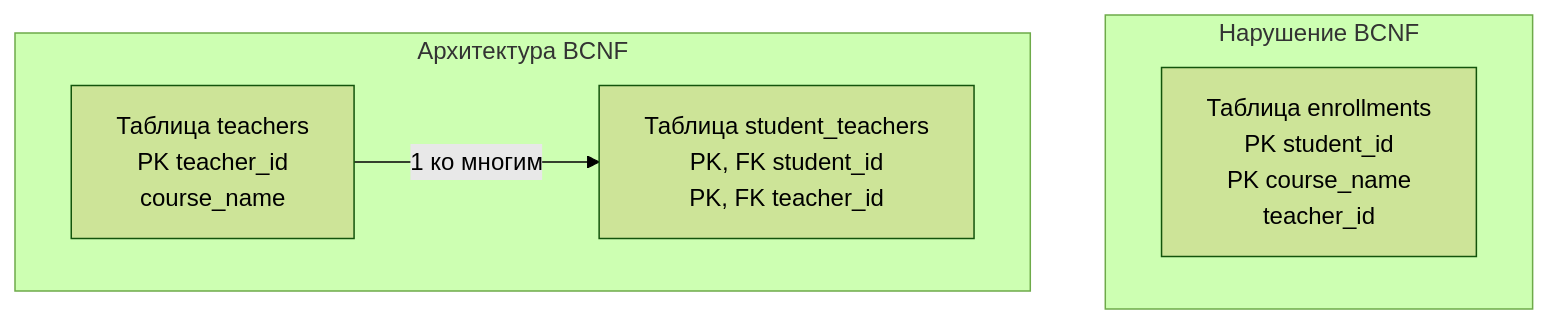
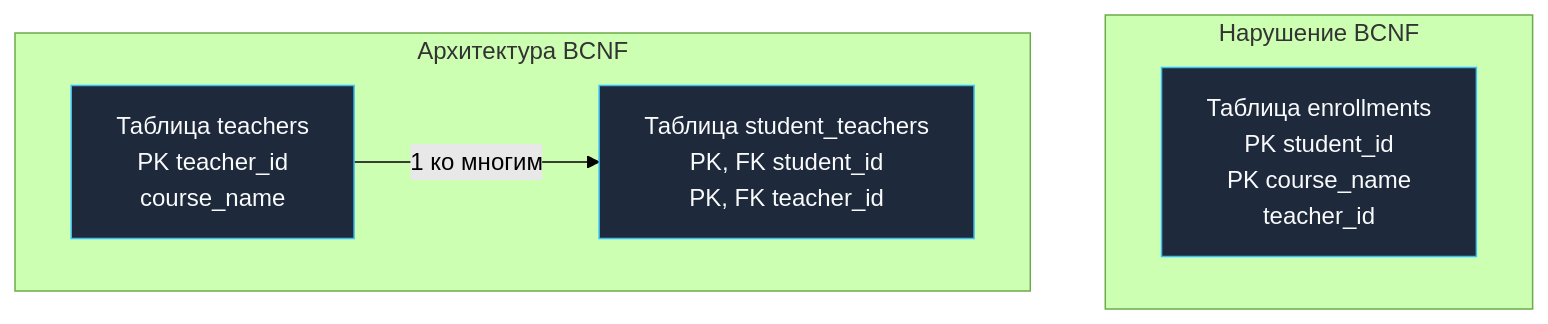
Before and after one commit to UnrealTemplier/go-textbook: the diagram in sources/12. Базы данных/01. Введение и фундамент/13. BCNF и более высокие нормальные формы.md, drawn with Mermaid (forest theme). The commit also changed 1666 other files, not shown here.

First line of the commit message:
feat(mermaid): add semantic color classDef to 1369 colorless flowchart/graph diagrams

````diff
--- a/sources/12. Базы данных/01. Введение и фундамент/13. BCNF и более высокие нормальные формы.md
+++ b/sources/12. Базы данных/01. Введение и фундамент/13. BCNF и более высокие нормальные формы.md
@@ -57,13 +57,23 @@
 ```mermaid
 flowchart TD
+    classDef process  fill:#1e293b,stroke:#38bdf8,stroke-width:1px,color:#f8fafc
+    classDef success  fill:#064e3b,stroke:#34d399,stroke-width:1px,color:#f8fafc
+    classDef error    fill:#7f1d1d,stroke:#f87171,stroke-width:1px,color:#f8fafc
+    classDef warning  fill:#78350f,stroke:#fbbf24,stroke-width:1px,color:#f8fafc
+    classDef entry    fill:#1e3a5f,stroke:#38bdf8,stroke-width:2px,color:#f8fafc
+    classDef aux      fill:#334155,stroke:#64748b,stroke-width:1px,color:#f8fafc
+    classDef system   fill:#312e81,stroke:#a78bfa,stroke-width:1px,color:#f8fafc
+    classDef data     fill:#132d29,stroke:#2dd4bf,stroke-width:1px,color:#f8fafc
+    classDef network  fill:#881337,stroke:#fb7185,stroke-width:1px,color:#f8fafc
+    classDef accent   fill:#1e1b4b,stroke:#818cf8,stroke-width:1px,color:#f8fafc
     subgraph Нарушение BCNF
-        Bad["Таблица enrollments<br>PK student_id<br>PK course_name<br>teacher_id"]
+        Bad["Таблица enrollments<br>PK student_id<br>PK course_name<br>teacher_id"]:::process
     end
 
     subgraph Архитектура BCNF
-        Teachers["Таблица teachers<br>PK teacher_id<br>course_name"]
-        Enroll["Таблица student_teachers<br>PK, FK student_id<br>PK, FK teacher_id"]
+        Teachers["Таблица teachers<br>PK teacher_id<br>course_name"]:::process
+        Enroll["Таблица student_teachers<br>PK, FK student_id<br>PK, FK teacher_id"]:::process
         
         Teachers -->|"1 ко многим"| Enroll
     end
 ```
````
